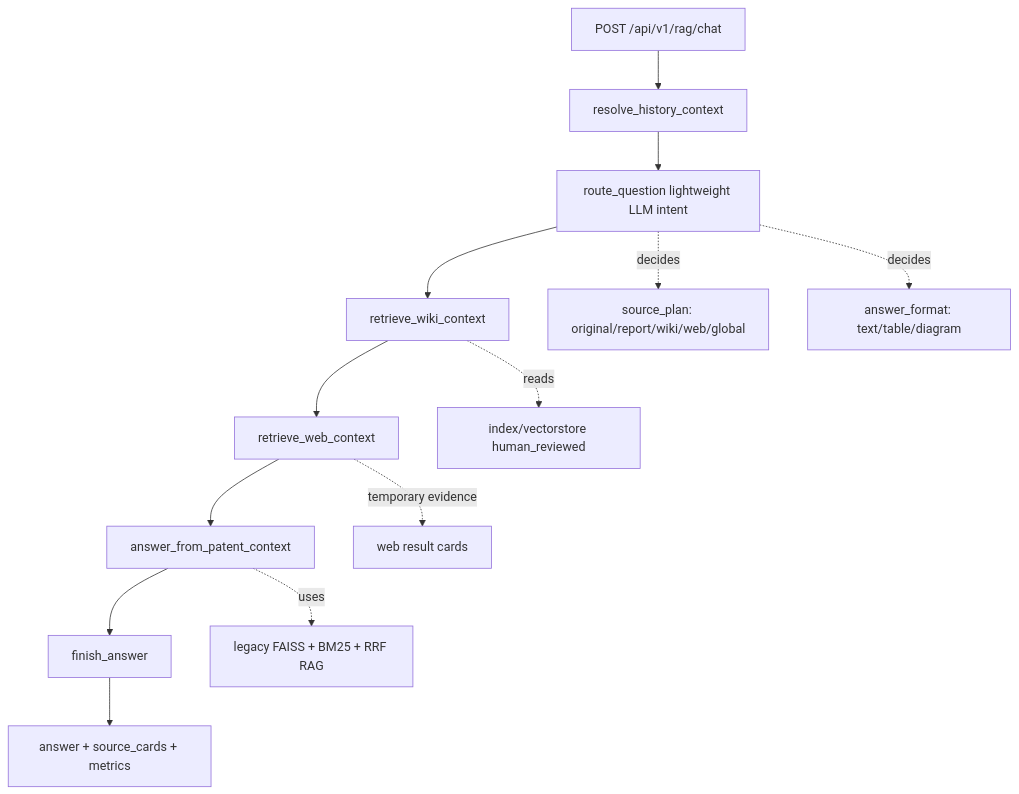
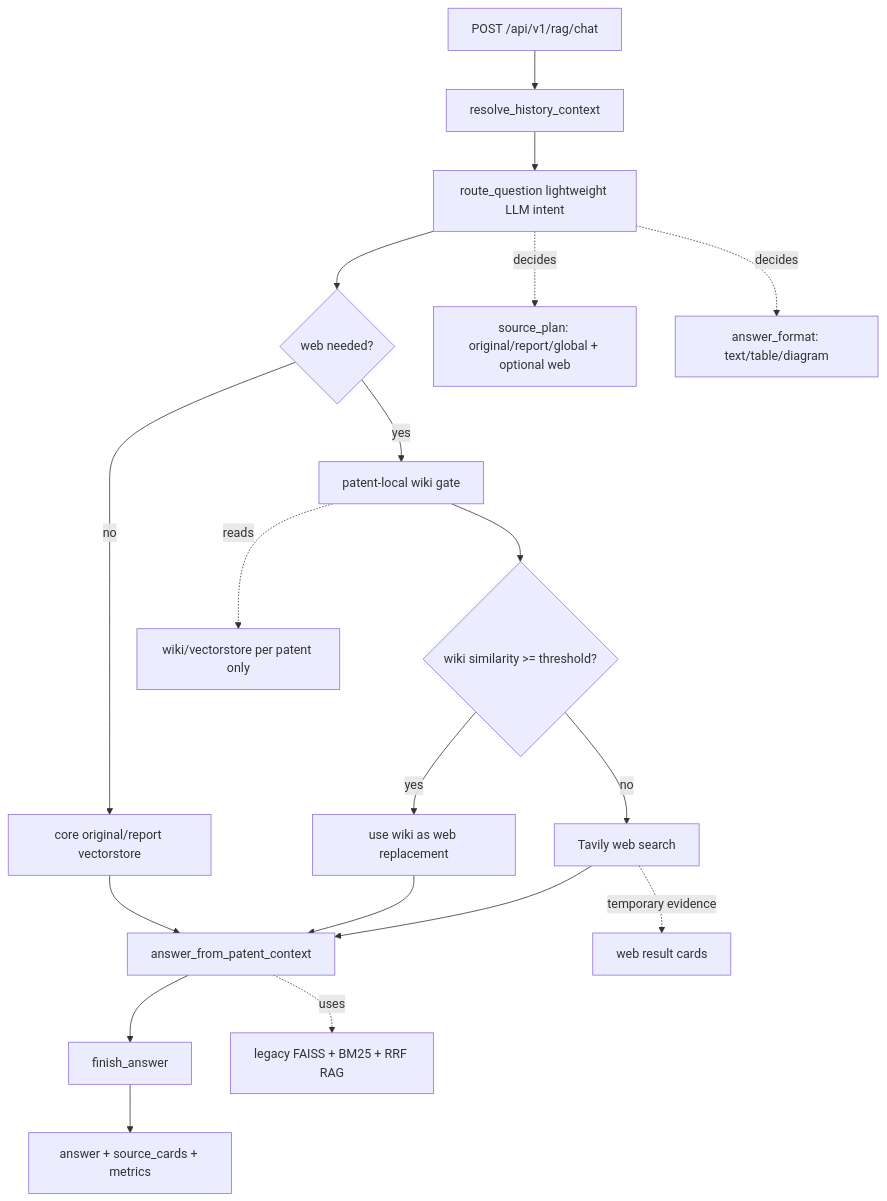
The fourth of 6 diagrams in README.md (skipers/skipa-ai-server), drawn with Mermaid before and after one commit. The commit also changed other lines of this file and 21 other files, not shown here.

Commit message:
fix: gate wiki search and add application feedback flow

````diff
--- a/README.md
+++ b/README.md
@@ -988,16 +995,22 @@
 ```mermaid
 flowchart TD
   Q[POST /api/v1/rag/chat] --> H[resolve_history_context]
   H --> I[route_question lightweight LLM intent]
-  I --> W[retrieve_wiki_context]
-  W --> WEB[retrieve_web_context]
-  WEB --> R[answer_from_patent_context]
+  I --> X{web needed?}
+  X -->|no| C[core original/report vectorstore]
+  X -->|yes| W[patent-local wiki gate]
+  W --> Y{wiki similarity >= threshold?}
+  Y -->|yes| WG[use wiki as web replacement]
+  Y -->|no| WEB[Tavily web search]
+  C --> R[answer_from_patent_context]
+  WG --> R
+  WEB --> R
   R --> F[finish_answer]
   F --> O[answer + source_cards + metrics]
 
-  I -. decides .-> SP[source_plan: original/report/wiki/web/global]
+  I -. decides .-> SP[source_plan: original/report/global + optional web]
   I -. decides .-> AF[answer_format: text/table/diagram]
-  W -. reads .-> VS[index/vectorstore human_reviewed]
+  W -. reads .-> VS[wiki/vectorstore per patent only]
   WEB -. temporary evidence .-> WD[web result cards]
   R -. uses .-> LG[legacy FAISS + BM25 + RRF RAG]
 ```
````
